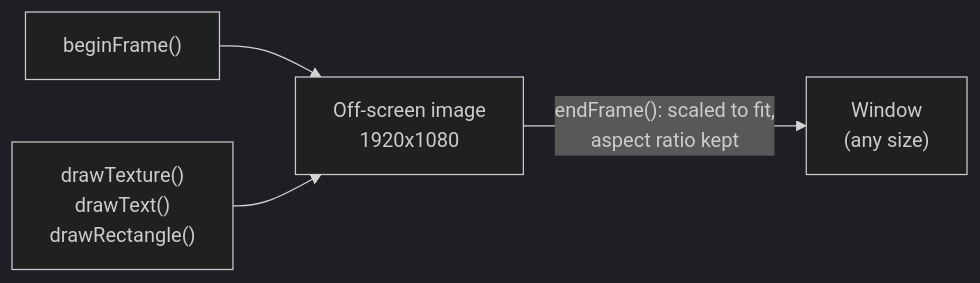
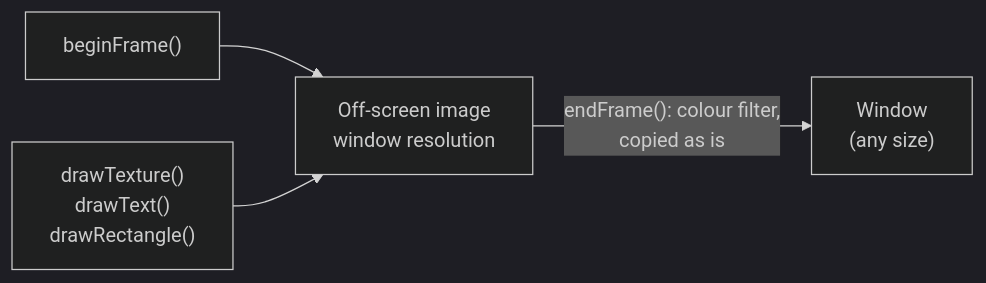
The diagram in docs/architecture/rendering.md (Akinator31/Rtype), drawn with Mermaid (dark theme) before and after one commit. The commit also changed other lines of this file and 1 other file, not shown here.

````diff
--- a/docs/architecture/rendering.md
+++ b/docs/architecture/rendering.md
@@ -160,6 +166,6 @@
 ```mermaid
 flowchart LR
-    Begin["beginFrame()"] --> Target["Off-screen image<br/>1920x1080"]
+    Begin["beginFrame()"] --> Target["Off-screen image<br/>window resolution"]
     Draw["drawTexture()<br/>drawText()<br/>drawRectangle()"] --> Target
-    Target -- "endFrame(): scaled to fit,<br/>aspect ratio kept" --> Window["Window<br/>(any size)"]
+    Target -- "endFrame(): colour filter,<br/>copied as is" --> Window["Window<br/>(any size)"]
 ```
````
